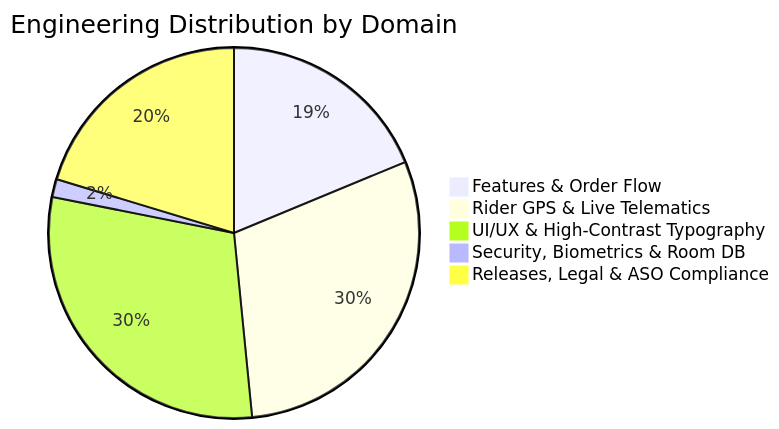
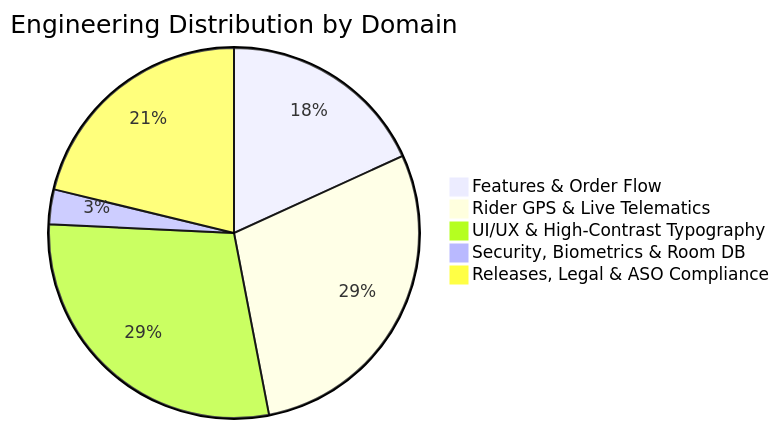
One commit to daniyal44/Zyphuel-App changed the second of 2 diagrams in README.md. Above: the diagram before and after it, drawn with Mermaid. The commit also changed other lines of this file, not shown here.

````diff
--- a/README.md
+++ b/README.md
@@ -60,8 +60,8 @@
 ```mermaid
 pie title Engineering Distribution by Domain
     "Features & Order Flow" : 12
     "Rider GPS & Live Telematics" : 19
     "UI/UX & High-Contrast Typography" : 19
-    "Security, Biometrics & Room DB" : 1
-    "Releases, Legal & ASO Compliance" : 13
+    "Security, Biometrics & Room DB" : 2
+    "Releases, Legal & ASO Compliance" : 14
 ```
````
